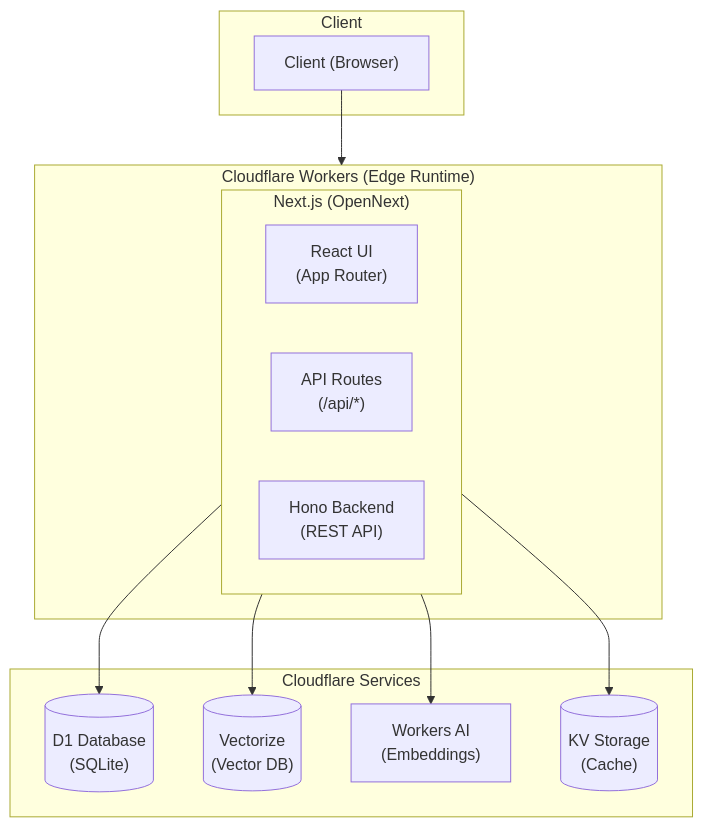
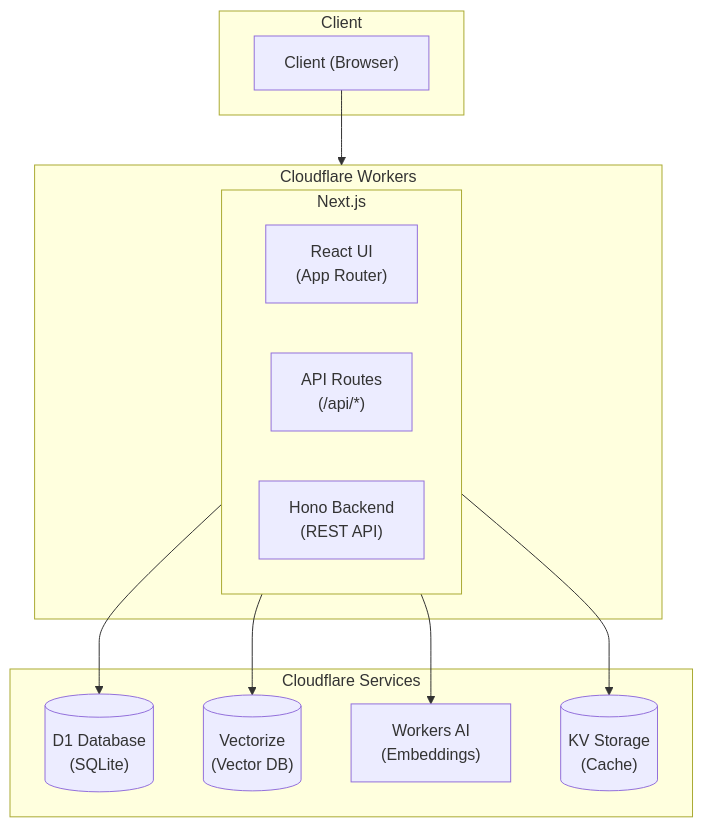
The first of 2 diagrams in README.md (justccuong/aihub), drawn with Mermaid before and after one commit.

````diff
--- a/README.md
+++ b/README.md
@@ -31,27 +31,27 @@
 ```mermaid
 flowchart TB
     subgraph Client
         Browser["Client (Browser)"]
     end
     
-    subgraph CF["Cloudflare Workers (Edge Runtime)"]
-        subgraph NextJS["Next.js (OpenNext)"]
+    subgraph CF["Cloudflare Workers"]
+        subgraph NextJS["Next.js"]
             ReactUI["React UI<br/>(App Router)"]
             APIRoutes["API Routes<br/>(/api/*)"]
             Hono["Hono Backend<br/>(REST API)"]
         end
     end
     
     subgraph Services["Cloudflare Services"]
         D1[("D1 Database<br/>(SQLite)")]
         Vectorize[("Vectorize<br/>(Vector DB)")]
         WorkersAI["Workers AI<br/>(Embeddings)"]
         KV[("KV Storage<br/>(Cache)")]
     end
     
     Browser --> CF
     NextJS --> D1
     NextJS --> Vectorize
     NextJS --> WorkersAI
     NextJS --> KV
 ```
````
